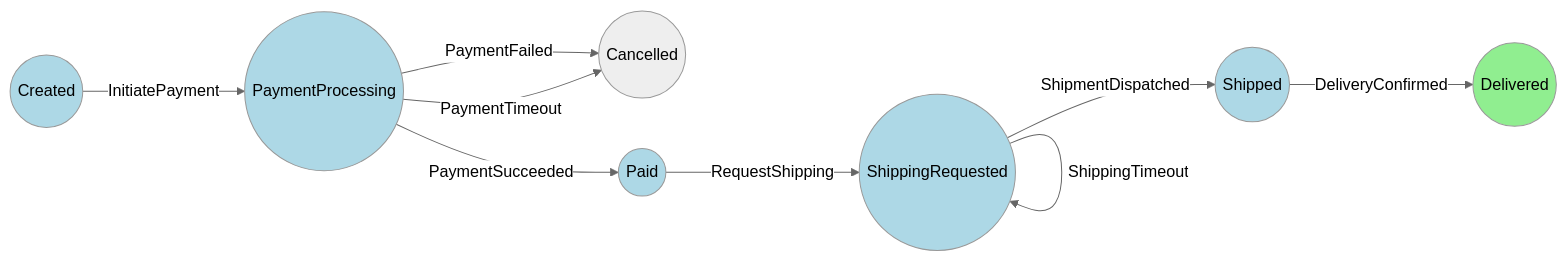
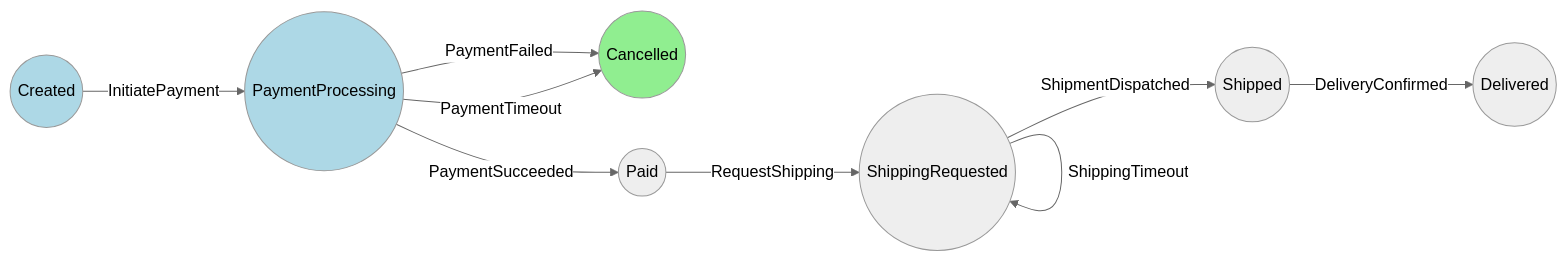
Before and after one commit to Iterable/mechanoid: the second of 2 diagrams in docs/visualizations/order-1-trace.md, drawn with Mermaid (neutral theme). The commit also changed other lines of this file and 54 other files, not shown here.

First line of the commit message:
[AI-4121] Replace include() with combine/++ and enhance DB schema (#31)

````diff
--- a/docs/visualizations/order-1-trace.md
+++ b/docs/visualizations/order-1-trace.md
@@ -27,28 +21,25 @@
 ```mermaid
 flowchart LR
     Shipped((Shipped))
     PaymentProcessing((PaymentProcessing))
     ShippingRequested((ShippingRequested))
     Delivered((Delivered))
     Cancelled((Cancelled))
     Paid((Paid))
     Created((Created))
 
     Created -->|InitiatePayment| PaymentProcessing
     PaymentProcessing -->|PaymentSucceeded| Paid
     PaymentProcessing -->|PaymentFailed| Cancelled
     PaymentProcessing -->|PaymentTimeout| Cancelled
     Paid -->|RequestShipping| ShippingRequested
     ShippingRequested -->|ShipmentDispatched| Shipped
     ShippingRequested -->|ShippingTimeout| ShippingRequested
     Shipped -->|DeliveryConfirmed| Delivered
 
     style Created fill:#ADD8E6
-    style Delivered fill:#ADD8E6
-    style ShippingRequested fill:#ADD8E6
     style PaymentProcessing fill:#ADD8E6
-    style Shipped fill:#ADD8E6
-    style Paid fill:#ADD8E6
-    style Delivered fill:#90EE90
+    style Cancelled fill:#ADD8E6
+    style Cancelled fill:#90EE90
 
 ```
````
